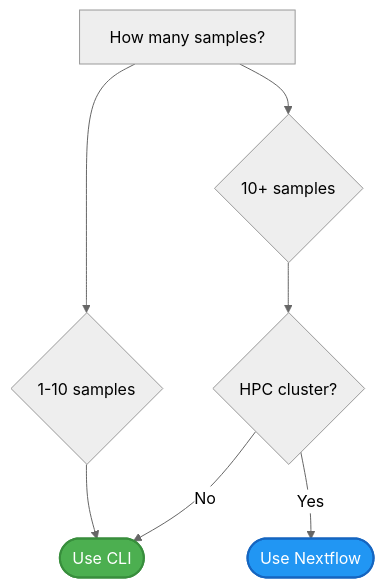
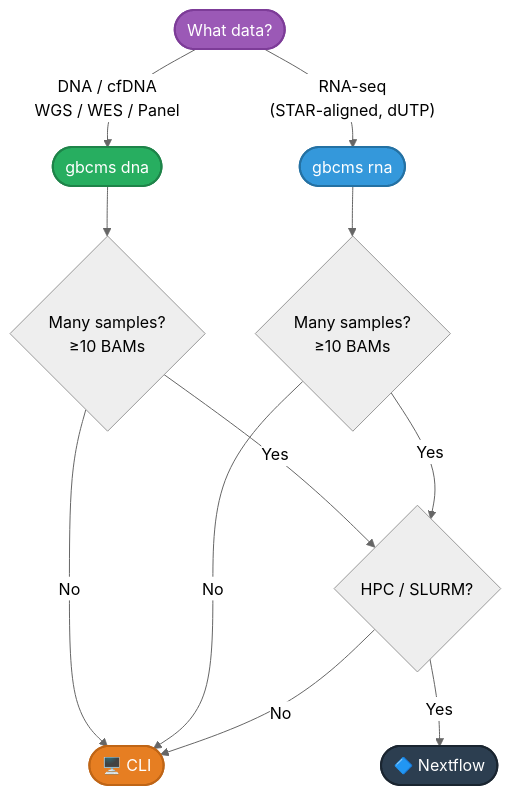
The second of 2 diagrams in docs/index.md (msk-access/gbcms), drawn with Mermaid (neutral theme) before and after one commit. The commit also changed other lines of this file and 9 other files, not shown here.

````diff
--- a/docs/index.md
+++ b/docs/index.md
@@ -71,14 +69,25 @@
 ```mermaid
 flowchart TD
-    Start[How many samples?] --> Few{1-10 samples}
-    Start --> Many{10+ samples}
-    
-    Few --> CLI([Use CLI]):::cli
-    Many --> HPC{HPC cluster?}
-    
-    HPC --> |Yes| Nextflow([Use Nextflow]):::nf
-    HPC --> |No| CLI
-    
-    classDef cli fill:#4caf50,color:white,stroke:#388e3c,stroke-width:2px;
-    classDef nf fill:#2196f3,color:white,stroke:#1565c0,stroke-width:2px;
+    Start(["What data?"]):::start
+    Start -->|"DNA / cfDNA\nWGS / WES / Panel"| DNA(["gbcms dna"]):::dna
+    Start -->|"RNA-seq\n(STAR-aligned, dUTP)"| RNA(["gbcms rna"]):::rna
+
+    DNA --> NsamD{"Many samples?
+≥10 BAMs"}
+    RNA --> NsamR{"Many samples?
+≥10 BAMs"}
+
+    NsamD -->|"No"| CLI(["🖥️ CLI"]):::cli
+    NsamD -->|"Yes"| HPC{"HPC / SLURM?"}
+    NsamR -->|"No"| CLI
+    NsamR -->|"Yes"| HPC
+
+    HPC -->|"Yes"| NF(["🔷 Nextflow"]):::nf
+    HPC -->|"No"| CLI
+
+    classDef start fill:#9b59b6,color:#fff,stroke:#7d3c98,stroke-width:2px;
+    classDef dna fill:#27ae60,color:#fff,stroke:#1e8449,stroke-width:2px;
+    classDef rna fill:#3498db,color:#fff,stroke:#2471a3,stroke-width:2px;
+    classDef cli fill:#e67e22,color:#fff,stroke:#bf6516,stroke-width:2px;
+    classDef nf fill:#2c3e50,color:#fff,stroke:#1a2530,stroke-width:2px;
 ```
````
